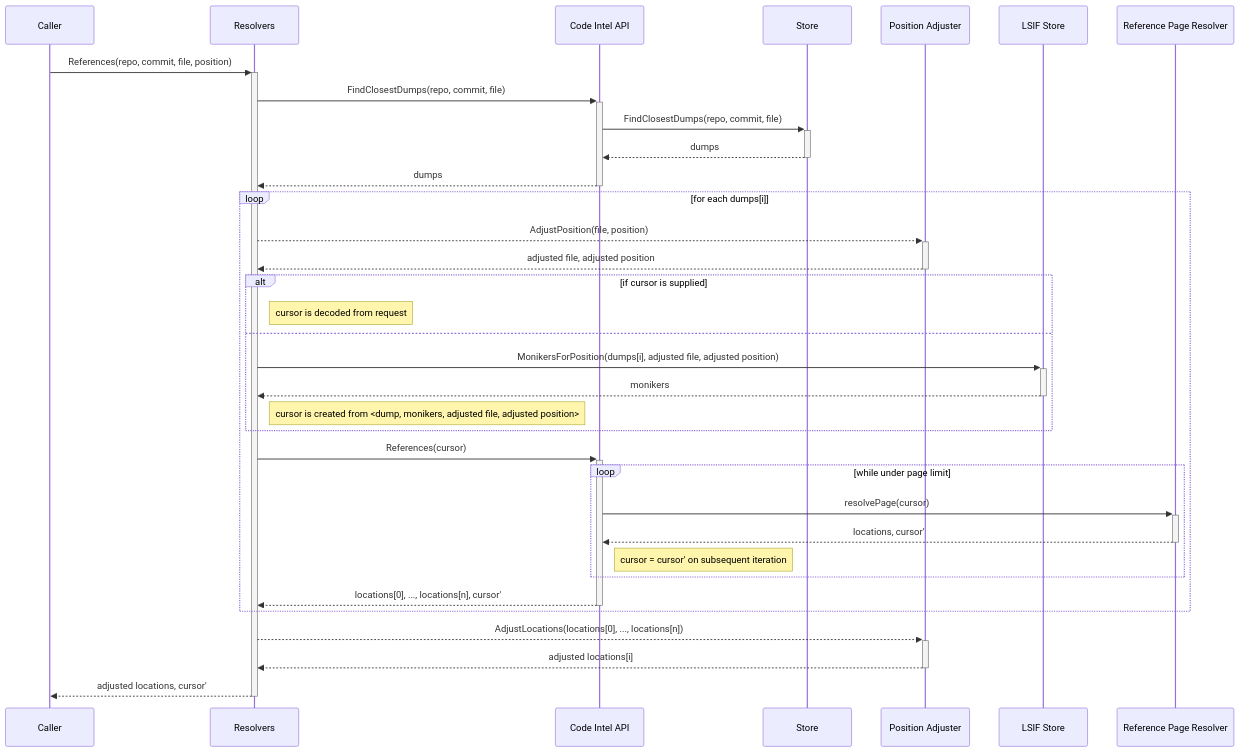
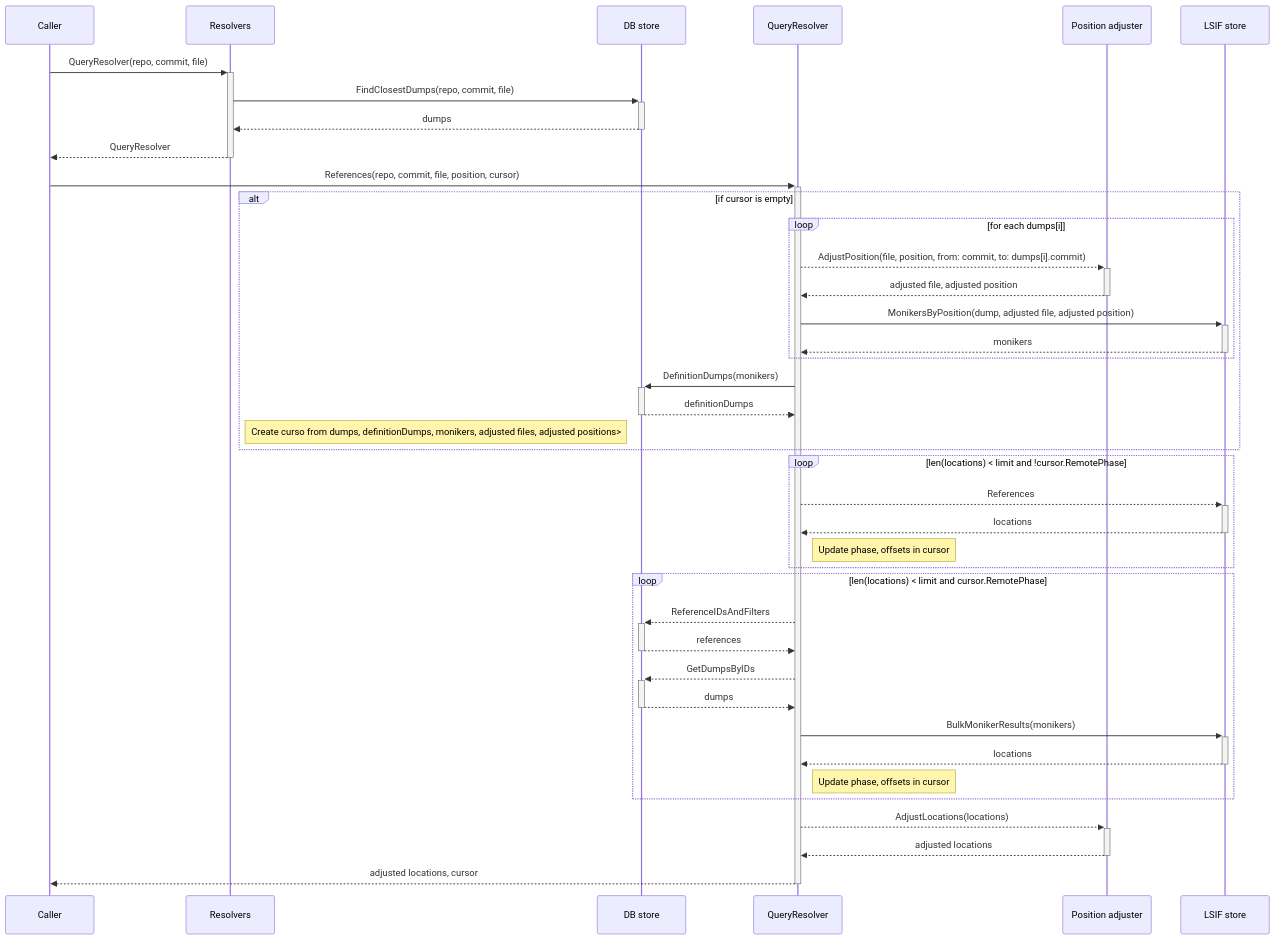
The diagram in doc/dev/background-information/codeintel/diagrams/references.mermaid (sourcegraph/sourcegraph-public-snapshot), drawn with Mermaid before and after one commit. The commit also changed 22 other files, not shown here.

Commit message:
doc: Update code-intel sequence diagrams

```diff
--- a/doc/dev/background-information/codeintel/diagrams/references.mermaid
+++ b/doc/dev/background-information/codeintel/diagrams/references.mermaid
@@ -1,34 +1,42 @@
 sequenceDiagram
-  Caller          ->>+ Resolvers: References(repo, commit, file, position)
-  Resolvers       ->>+ Code Intel API: FindClosestDumps(repo, commit, file)
-  Code Intel API  ->>+ Store: FindClosestDumps(repo, commit, file)
-  Store          -->>- Code Intel API: dumps
-  Code Intel API -->>- Resolvers: dumps
+  Caller          ->>+ Resolvers: QueryResolver(repo, commit, file)
+  Resolvers       ->>+ DB store: FindClosestDumps(repo, commit, file)
+  DB store       -->>- Resolvers: dumps
+  Resolvers      -->>- Caller: QueryResolver
+  Caller          ->>+ QueryResolver: References(repo, commit, file, position, cursor)
 
-  loop for each dumps[i]
-    Resolvers         -->>+ Position Adjuster: AdjustPosition(file, position)
-    Position Adjuster -->>- Resolvers: adjusted file, adjusted position
-
-    alt if cursor is supplied
-      Note right of Resolvers: cursor is decoded from request
-    else
-      Resolvers       ->>+ LSIF Store: MonikersForPosition(dumps[i], adjusted file, adjusted position)
-      LSIF Store     -->>- Resolvers: monikers
-
-      Note right of Resolvers: cursor is created from <dump, monikers, adjusted file, adjusted position>
+  alt if cursor is empty
+    loop for each dumps[i]
+      QueryResolver     -->>+ Position adjuster: AdjustPosition(file, position, from: commit, to: dumps[i].commit)
+      Position adjuster -->>- QueryResolver: adjusted file, adjusted position
+      QueryResolver      ->>+ LSIF store: MonikersByPosition(dump, adjusted file, adjusted position)
+      LSIF store        -->>- QueryResolver: monikers
     end
 
-    Resolvers ->>+ Code Intel API: References(cursor)
+    QueryResolver    ->>+ DB store: DefinitionDumps(monikers)
+    DB store        -->>- QueryResolver: definitionDumps
 
-    loop while under page limit
-      Code Intel API           ->>+ Reference Page Resolver: resolvePage(cursor)
-      Reference Page Resolver -->>- Code Intel API: locations, cursor'
-      Note right of Code Intel API: cursor = cursor' on subsequent iteration
-    end
-
-    Code Intel API -->>- Resolvers: locations[0], ..., locations[n], cursor'
+    Note right of Resolvers: Create curso from dumps, definitionDumps, monikers, adjusted files, adjusted positions>
   end
 
-  Resolvers         -->>+ Position Adjuster: AdjustLocations(locations[0], ..., locations[n])
-  Position Adjuster -->>- Resolvers: adjusted locations[i]
-  Resolvers -->>- Caller: adjusted locations, cursor'
+  loop len(locations) < limit and !cursor.RemotePhase
+    QueryResolver -->>+ LSIF store: References
+    LSIF store    -->>- QueryResolver: locations
+
+    Note right of QueryResolver: Update phase, offsets in cursor
+  end
+
+  loop len(locations) < limit and cursor.RemotePhase
+    QueryResolver -->>+ DB store: ReferenceIDsAndFilters
+    DB store      -->>- QueryResolver: references
+    QueryResolver -->>+ DB store: GetDumpsByIDs
+    DB store      -->>- QueryResolver: dumps
+    QueryResolver  ->>+ LSIF store: BulkMonikerResults(monikers)
+    LSIF store    -->>- QueryResolver: locations
+
+    Note right of QueryResolver: Update phase, offsets in cursor
+  end
+
+  QueryResolver     -->>+ Position adjuster: AdjustLocations(locations)
+  Position adjuster -->>- QueryResolver: adjusted locations
+  QueryResolver     -->>- Caller: adjusted locations, cursor
```
